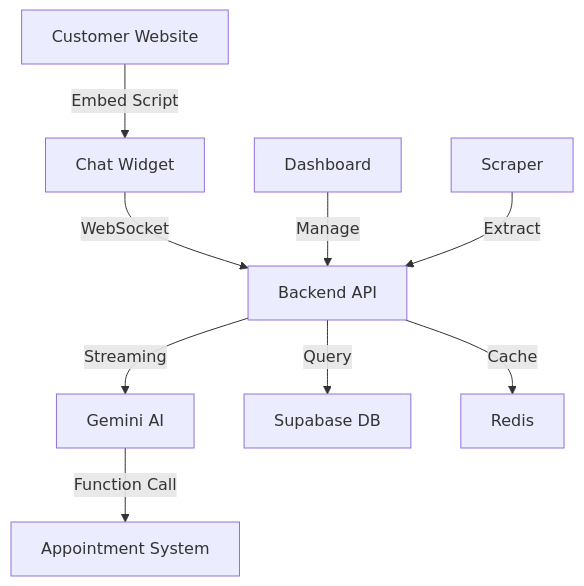
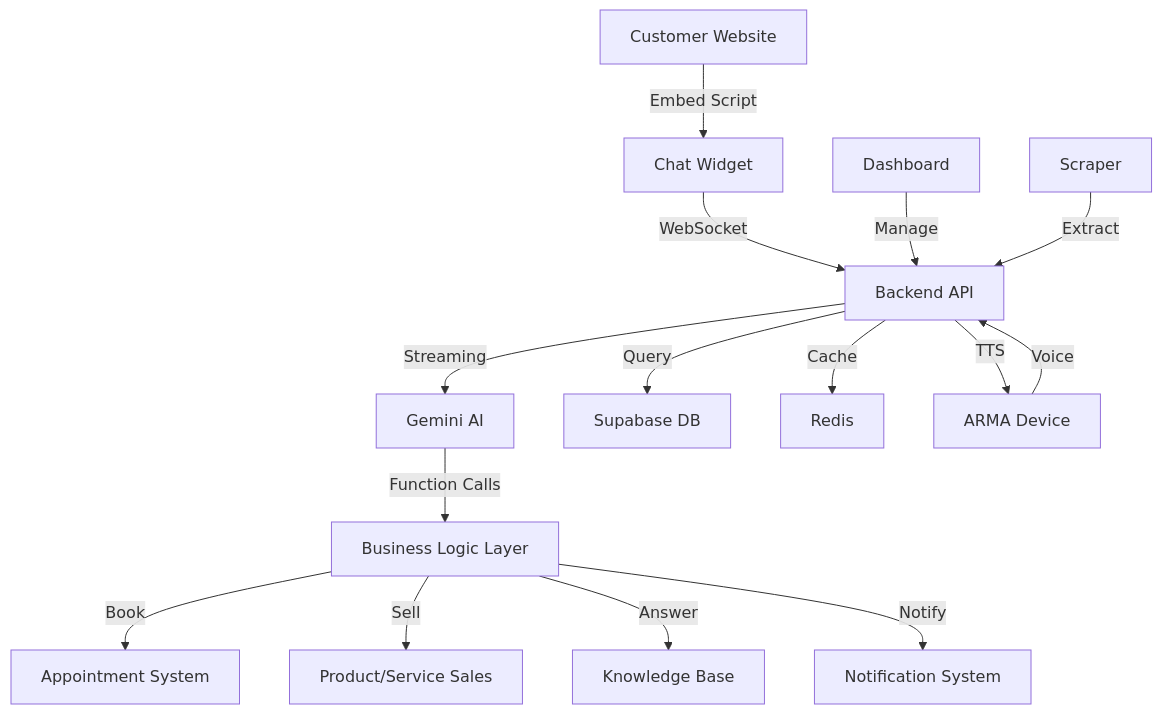
Before and after one commit to rehberim360/yapay-zeka-chatbot: the diagram in README.md, drawn with Mermaid. The commit also changed other lines of this file and 3 other files, not shown here.

First line of the commit message:
docs: Add comprehensive system architecture with product sales

````diff
--- a/README.md
+++ b/README.md
@@ -117,11 +120,17 @@
 ```mermaid
 graph TB
     A[Customer Website] -->|Embed Script| B[Chat Widget]
     B -->|WebSocket| C[Backend API]
     C -->|Streaming| D[Gemini AI]
     C -->|Query| E[Supabase DB]
     C -->|Cache| F[Redis]
     G[Dashboard] -->|Manage| C
     H[Scraper] -->|Extract| C
-    D -->|Function Call| I[Appointment System]
+    D -->|Function Calls| I[Business Logic Layer]
+    I -->|Book| J[Appointment System]
+    I -->|Sell| K[Product/Service Sales]
+    I -->|Answer| L[Knowledge Base]
+    I -->|Notify| M[Notification System]
+    N[ARMA Device] -->|Voice| C
+    C -->|TTS| N
 ```
````
